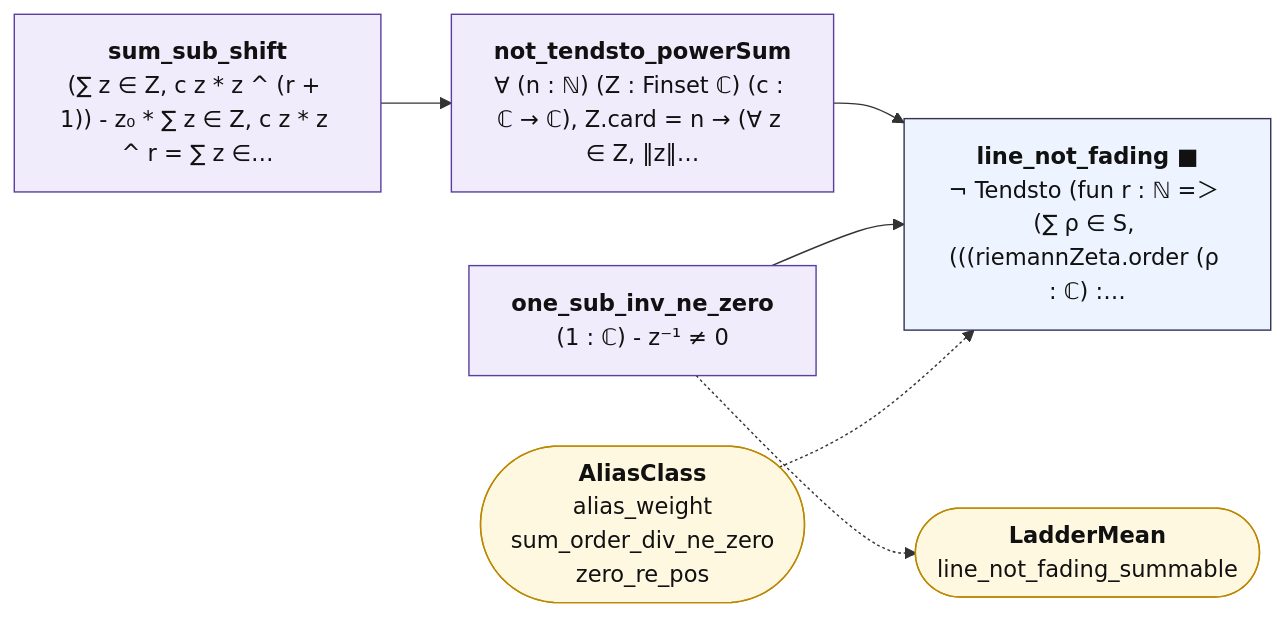
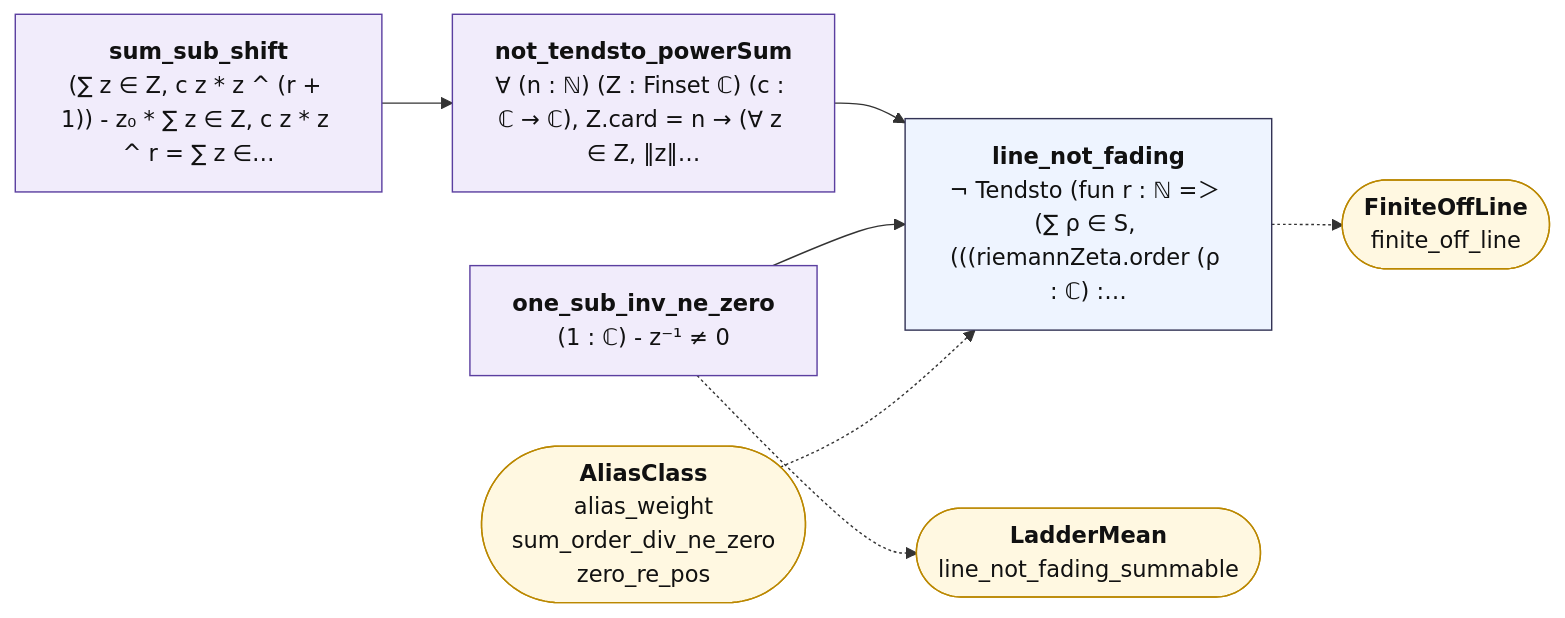
Before and after one commit to juliansambranojr/Primebeat_081426: the diagram in map/lean_stage3/LadderFading.md, drawn with Mermaid. The commit also changed other lines of this file and 54 other files, not shown here.

````diff
--- a/map/lean_stage3/LadderFading.md
+++ b/map/lean_stage3/LadderFading.md
@@ -12,22 +12,24 @@
 ```mermaid
 flowchart LR
   n0["<b>sum_sub_shift</b><br/>(∑ z ∈ Z, c z * z ^ (r + 1)) - z₀ * ∑ z ∈ Z, c z * z ^ r = ∑ z ∈…"]:::shp
   n1["<b>not_tendsto_powerSum</b><br/>∀ (n : ℕ) (Z : Finset ℂ) (c : ℂ → ℂ), Z.card = n → (∀ z ∈ Z, ‖z‖…"]:::shp
   n2["<b>one_sub_inv_ne_zero</b><br/>(1 : ℂ) - z⁻¹ ≠ 0"]:::shp
-  n3["<b>line_not_fading ■</b><br/>¬ Tendsto (fun r : ℕ =＞ (∑ ρ ∈ S, (((riemannZeta.order (ρ : ℂ) :…"]:::thm
+  n3["<b>line_not_fading</b><br/>¬ Tendsto (fun r : ℕ =＞ (∑ ρ ∈ S, (((riemannZeta.order (ρ : ℂ) :…"]:::thm
   x0(["<b>LadderMean</b><br/>line_not_fading_summable"]):::ext
   x1(["<b>AliasClass</b><br/>alias_weight<br/>sum_order_div_ne_zero<br/>zero_re_pos"]):::ext
+  x2(["<b>FiniteOffLine</b><br/>finite_off_line"]):::ext
   n0 --> n1
   n1 --> n3
   n2 --> n3
   n2 -.-> x0
+  n3 -.-> x2
   x1 -.-> n3
   classDef cnt fill:#dff5ec,stroke:#17694a,color:#111
   classDef shp fill:#f1ecfb,stroke:#5b3fa0,color:#111
   classDef rh fill:#ffe5e5,stroke:#c22,color:#111,stroke-width:2px
   classDef thm fill:#eef4ff,stroke:#335,color:#111
   classDef end_ fill:#e7f7e7,stroke:#2a7,color:#111,stroke-width:2px
   classDef lone fill:#fff,stroke:#999,color:#111,stroke-dasharray:4 3
   classDef bad fill:#ffe5e5,stroke:#c22,color:#111,stroke-width:2px
   classDef ext fill:#fff8e1,stroke:#b80,color:#111
 ```
````
